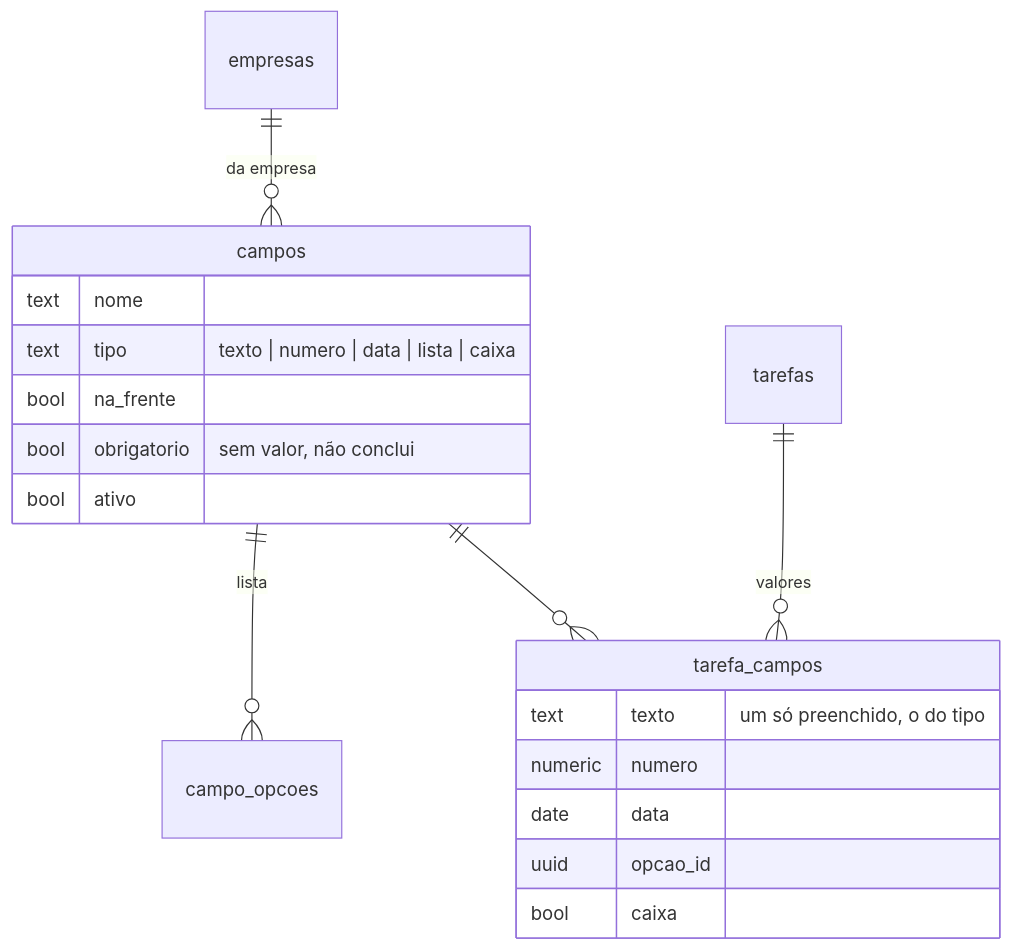
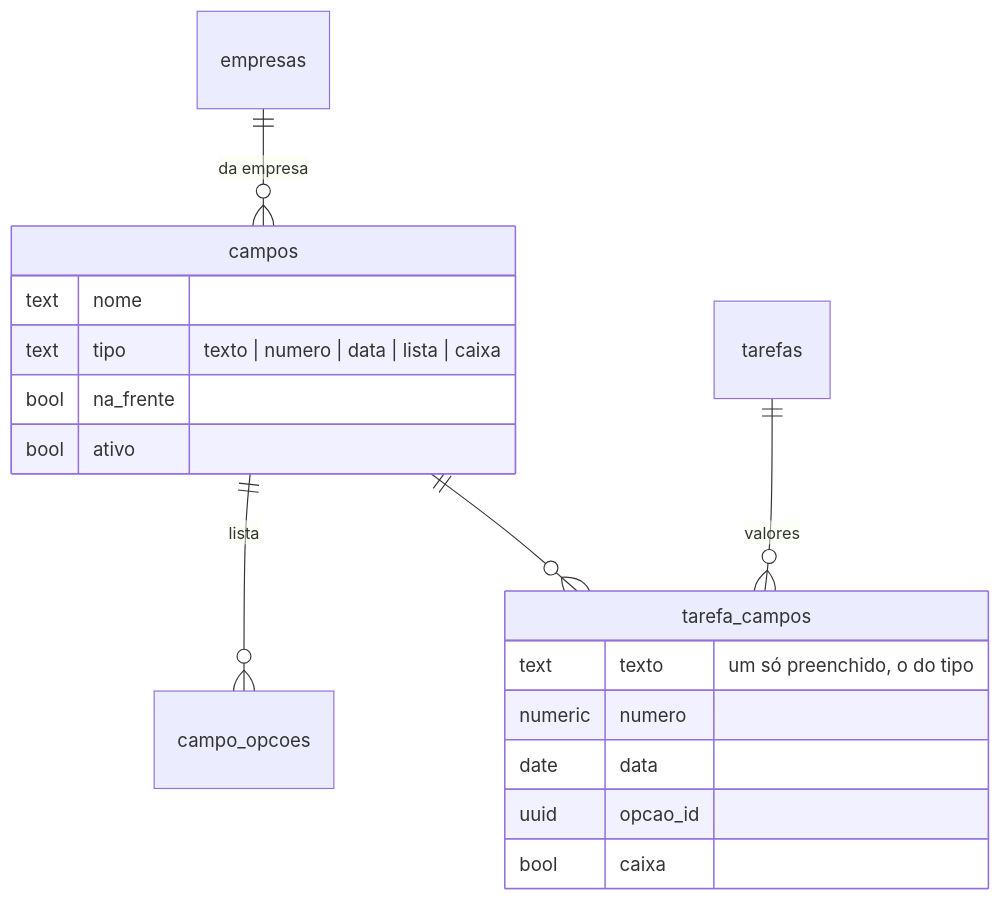
One commit to Mbekerman/bkm_terrenos-claude changed the ninth of 17 diagrams in docs/modelo.md. Above: the diagram before and after it, drawn with Mermaid. The commit also changed other lines of this file and 19 other files, not shown here.

````diff
--- a/docs/modelo.md
+++ b/docs/modelo.md
@@ -848,21 +848,20 @@
 ```mermaid
 erDiagram
   empresas ||--o{ campos : "da empresa"
   campos ||--o{ campo_opcoes : "lista"
   tarefas ||--o{ tarefa_campos : "valores"
   campos ||--o{ tarefa_campos : ""
   campos {
     text nome
     text tipo "texto | numero | data | lista | caixa"
     bool na_frente
-    bool obrigatorio "sem valor, não conclui"
     bool ativo
   }
   tarefa_campos {
     text texto "um só preenchido, o do tipo"
     numeric numero
     date data
     uuid opcao_id
     bool caixa
   }
 ```
````
